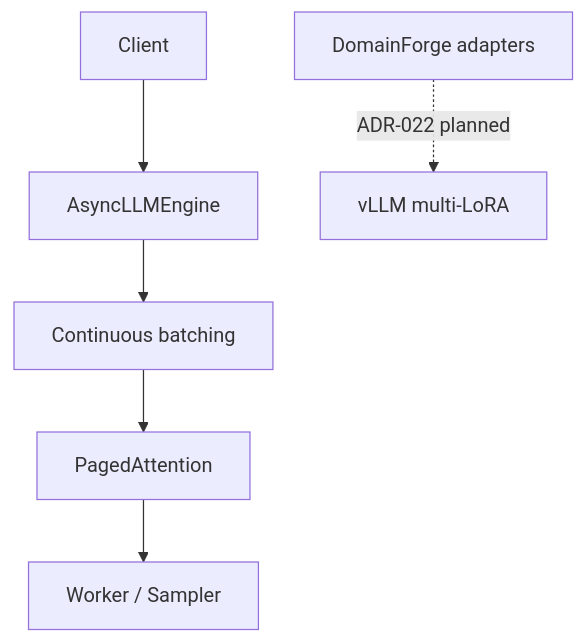
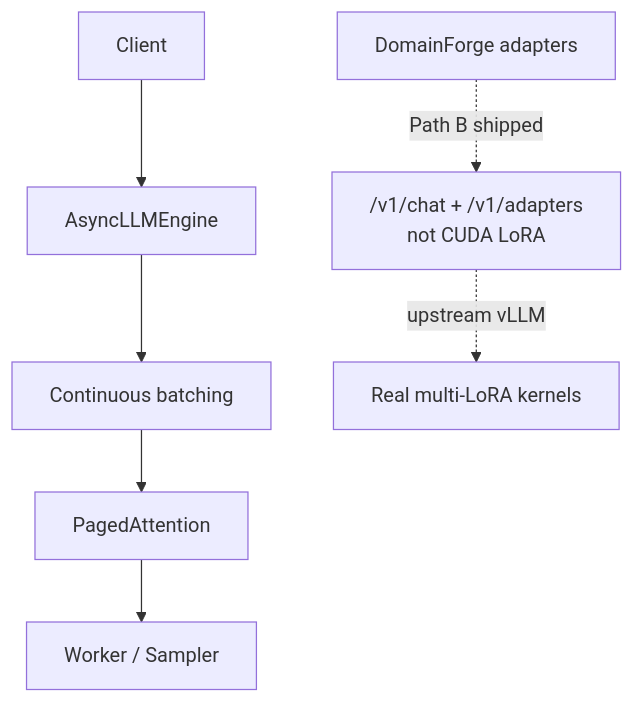
One commit to vpeetla-ai/vllm-architecture-lab changed the diagram in README.md. Above: the diagram before and after it, drawn with Mermaid. The commit also changed other lines of this file and 1 other file, not shown here.

First line of the commit message:
Label ADR-022 Path B as shipped educational adapter chat.

````diff
--- a/README.md
+++ b/README.md
@@ -35,8 +35,9 @@
 ```mermaid
 flowchart TB
   Client --> Engine["AsyncLLMEngine"]
   Engine --> Scheduler["Continuous batching"]
   Scheduler --> KV["PagedAttention"]
   KV --> Worker["Worker / Sampler"]
-  DF["DomainForge adapters"] -.->|"ADR-022 planned"| LORA["vLLM multi-LoRA"]
+  DF["DomainForge adapters"] -.->|"Path B shipped"| LORA["/v1/chat + /v1/adapters<br/>not CUDA LoRA"]
+  LORA -.->|"upstream vLLM"| CUDA["Real multi-LoRA kernels"]
 ```
````
